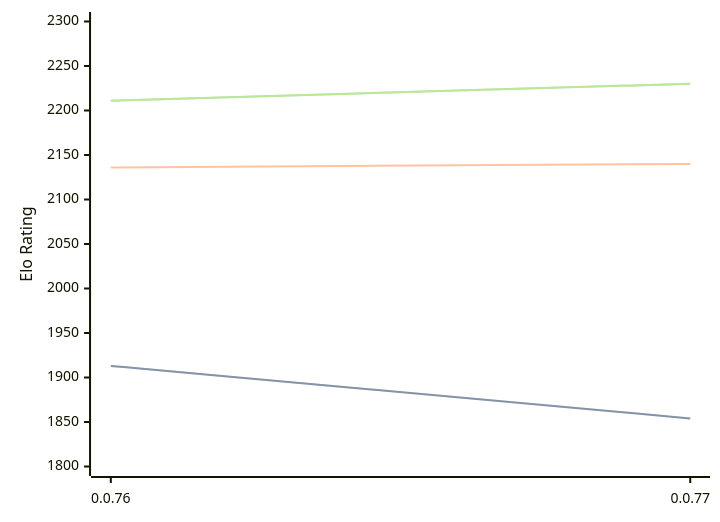
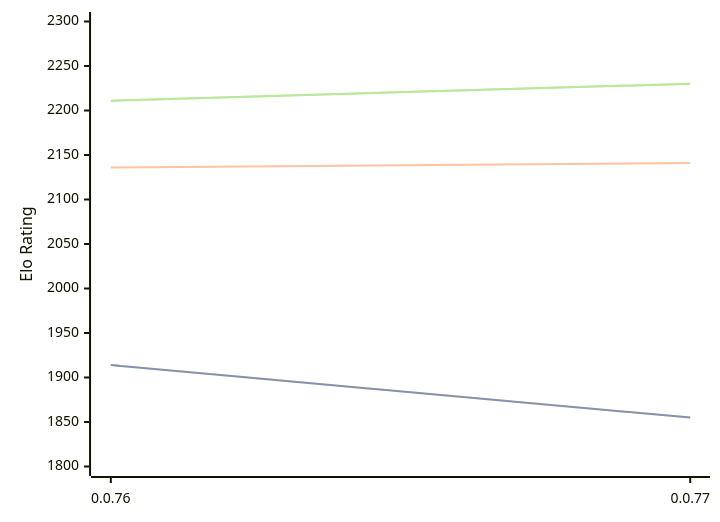
One commit to computer-chess-index/cci changed the diagram in engines/Fktb.md. Above: the diagram before and after it, drawn with Mermaid. The commit also changed other lines of this file, not shown here.

````diff
--- a/engines/Fktb.md
+++ b/engines/Fktb.md
@@ -32,11 +32,11 @@
 ```mermaid
 %%{init: {"theme":"base","themeVariables":{"seriesColors:['#a3a3a3','#222221','#faa371']}}}%%
 xychart-beta
   x-axis ["0.0.76", "0.0.77"]
   y-axis "Elo Rating" 1800 --> 2300
-  line "" [1913, 1854]
-  line "STC (8.0+0.08s)" [1913, 1854]
-  line "LTC (60.0+0.60s)" [2136, 2140]
+  line "" [1914, 1855]
+  line "STC (8.0+0.08s)" [1914, 1855]
+  line "LTC (60.0+0.60s)" [2136, 2141]
   line "" [2211, 2230]
   line "VLTC (2m24s+1.12s)" [2211, 2230]
 ```
````
